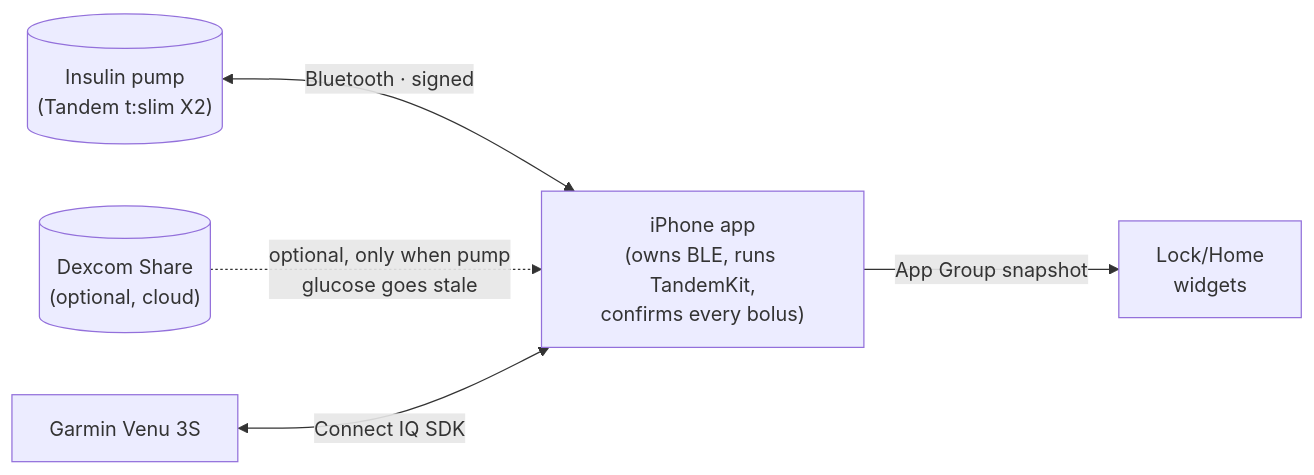
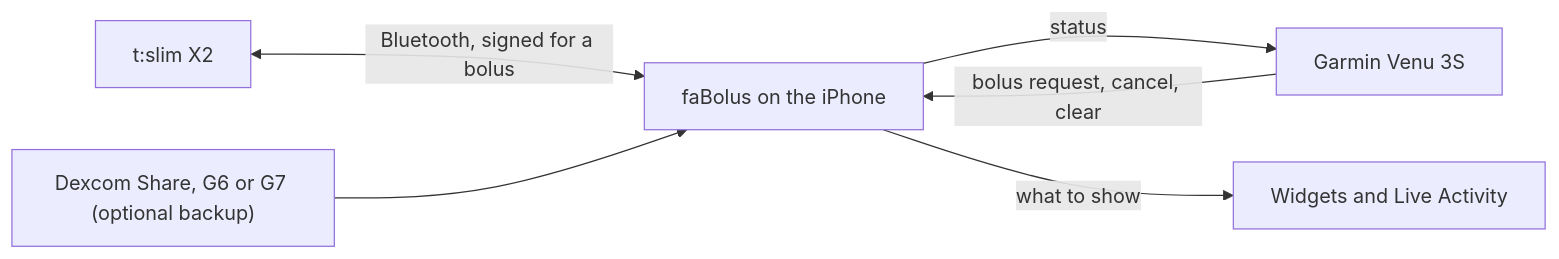
The diagram in docs/architecture.md (faBolus-app/faBolus), drawn with Mermaid before and after one commit. The commit also changed other lines of this file and 68 other files, not shown here.

````diff
--- a/docs/architecture.md
+++ b/docs/architecture.md
@@ -13,13 +8,8 @@
 ```mermaid
 flowchart LR
-    Pump[("Insulin pump\n(Tandem t:slim X2)")]
-    Share[("Dexcom Share\n(optional, cloud)")]
-    Phone["iPhone app\n(owns BLE, runs TandemKit,\nconfirms every bolus)"]
-    Garmin["Garmin Venu 3S"]
-    Widgets["Lock/Home\nwidgets"]
-
-    Pump <-->|Bluetooth · signed| Phone
-    Share -.->|optional, only when pump\nglucose goes stale| Phone
-    Garmin <-->|Connect IQ SDK| Phone
-    Phone -->|App Group snapshot| Widgets
+  pump["t:slim X2"] <-- "Bluetooth, signed for a bolus" --> phone["faBolus on the iPhone"]
+  phone -- "status" --> watch["Garmin Venu 3S"]
+  watch -- "bolus request, cancel, clear" --> phone
+  phone -- "what to show" --> widgets["Widgets and Live Activity"]
+  cgm["Dexcom Share, G6 or G7 (optional backup)"] --> phone
 ```
````
